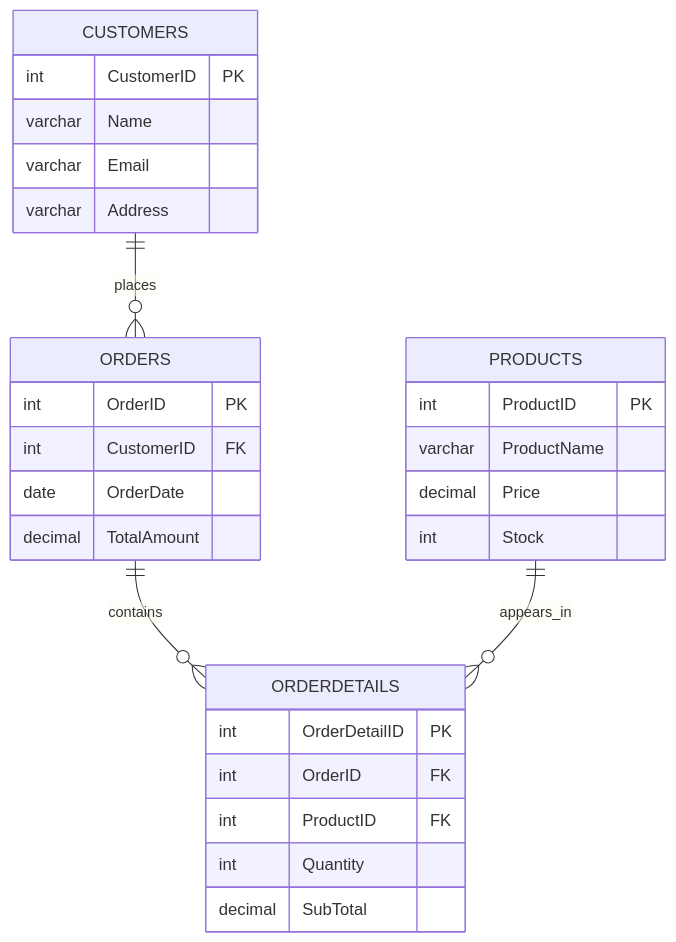
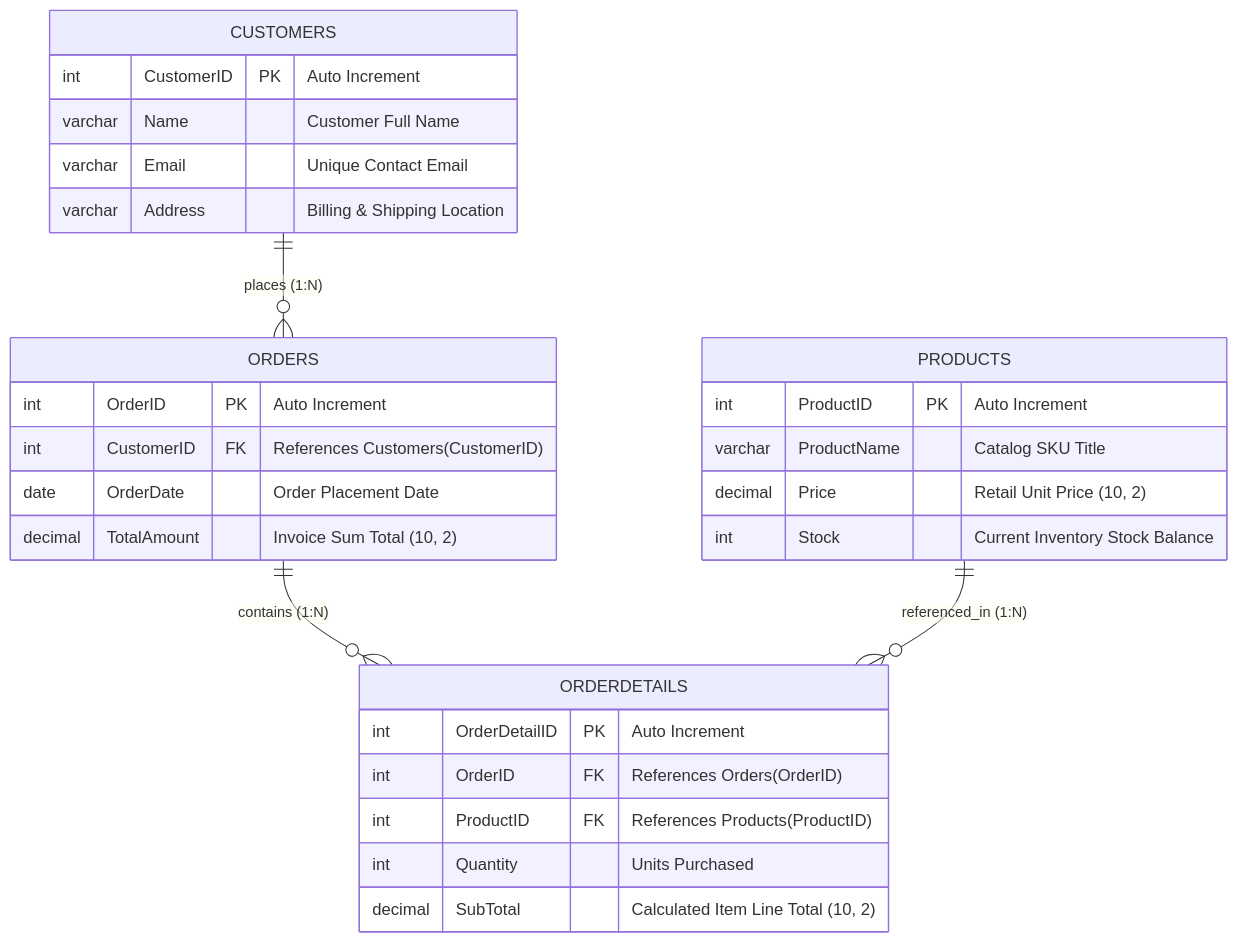
The diagram in README.md (priyal-24/Data-Digger), drawn with Mermaid before and after one commit. The commit also changed other lines of this file and 35 other files, not shown here.

````diff
--- a/README.md
+++ b/README.md
@@ -38,35 +55,35 @@
 ```mermaid
 erDiagram
-    CUSTOMERS ||--o{ ORDERS : places
-    ORDERS ||--o{ ORDERDETAILS : contains
-    PRODUCTS ||--o{ ORDERDETAILS : appears_in
+    CUSTOMERS ||--o{ ORDERS : "places (1:N)"
+    ORDERS ||--o{ ORDERDETAILS : "contains (1:N)"
+    PRODUCTS ||--o{ ORDERDETAILS : "referenced_in (1:N)"
 
     CUSTOMERS {
-        int CustomerID PK
-        varchar Name
-        varchar Email
-        varchar Address
+        int CustomerID PK "Auto Increment"
+        varchar Name "Customer Full Name"
+        varchar Email "Unique Contact Email"
+        varchar Address "Billing & Shipping Location"
     }
 
     ORDERS {
-        int OrderID PK
-        int CustomerID FK
-        date OrderDate
-        decimal TotalAmount
+        int OrderID PK "Auto Increment"
+        int CustomerID FK "References Customers(CustomerID)"
+        date OrderDate "Order Placement Date"
+        decimal TotalAmount "Invoice Sum Total (10, 2)"
     }
 
     PRODUCTS {
-        int ProductID PK
-        varchar ProductName
-        decimal Price
-        int Stock
+        int ProductID PK "Auto Increment"
+        varchar ProductName "Catalog SKU Title"
+        decimal Price "Retail Unit Price (10, 2)"
+        int Stock "Current Inventory Stock Balance"
     }
 
     ORDERDETAILS {
-        int OrderDetailID PK
-        int OrderID FK
-        int ProductID FK
-        int Quantity
-        decimal SubTotal
+        int OrderDetailID PK "Auto Increment"
+        int OrderID FK "References Orders(OrderID)"
+        int ProductID FK "References Products(ProductID)"
+        int Quantity "Units Purchased"
+        decimal SubTotal "Calculated Item Line Total (10, 2)"
     }
 ```
````
